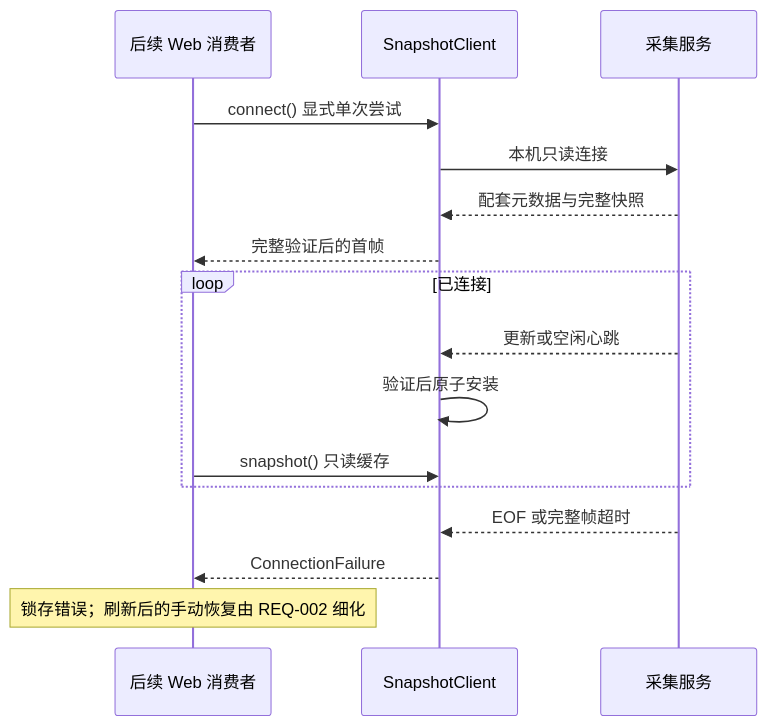
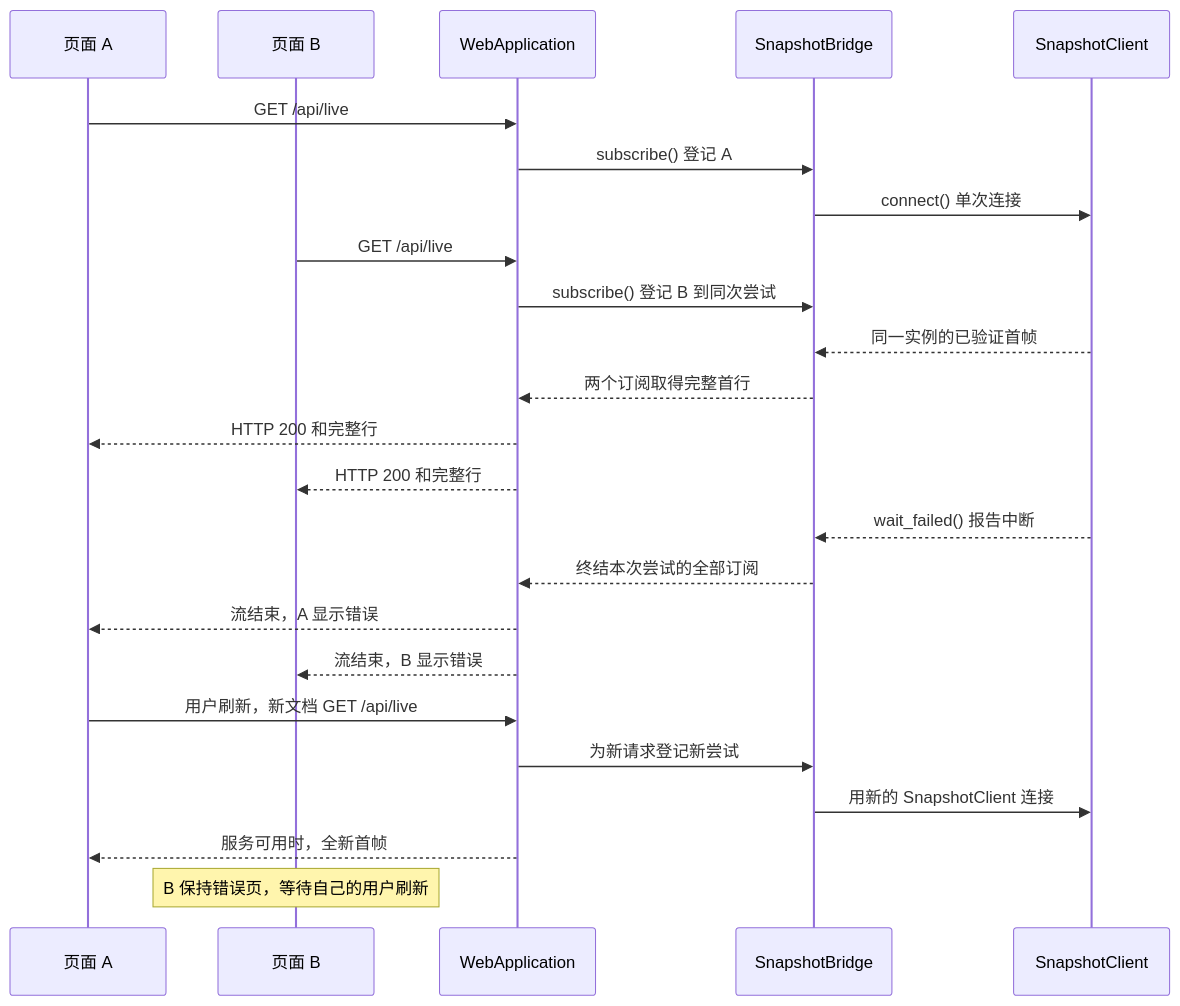
Before and after one commit to shawnluxyRE/joi-observer: the second of 2 diagrams in docs/design/web.md, drawn with Mermaid. The commit also changed other lines of this file and 43 other files, not shown here.

First line of the commit message:
<feat> Add a containerized Web monitoring dashboard (REQ-002)

````diff
--- a/docs/design/web.md
+++ b/docs/design/web.md
@@ -43,18 +48,26 @@
 ```mermaid
 sequenceDiagram
-    participant Web as 后续 Web 消费者
+    participant A as 页面 A
+    participant B as 页面 B
+    participant Web as WebApplication
+    participant Bridge as SnapshotBridge
     participant Client as SnapshotClient
-    participant Service as 采集服务
-    Web->>Client: connect() 显式单次尝试
-    Client->>Service: 本机只读连接
-    Service-->>Client: 配套元数据与完整快照
-    Client-->>Web: 完整验证后的首帧
-    loop 已连接
-        Service-->>Client: 更新或空闲心跳
-        Client->>Client: 验证后原子安装
-        Web->>Client: snapshot() 只读缓存
-    end
-    Service-->>Client: EOF 或完整帧超时
-    Client-->>Web: ConnectionFailure
-    Note over Web: 锁存错误；刷新后的手动恢复由 REQ-002 细化
+    A->>Web: GET /api/live
+    Web->>Bridge: subscribe() 登记 A
+    Bridge->>Client: connect() 单次连接
+    B->>Web: GET /api/live
+    Web->>Bridge: subscribe() 登记 B 到同次尝试
+    Client-->>Bridge: 同一实例的已验证首帧
+    Bridge-->>Web: 两个订阅取得完整首行
+    Web-->>A: HTTP 200 和完整行
+    Web-->>B: HTTP 200 和完整行
+    Client-->>Bridge: wait_failed() 报告中断
+    Bridge-->>Web: 终结本次尝试的全部订阅
+    Web-->>A: 流结束，A 显示错误
+    Web-->>B: 流结束，B 显示错误
+    A->>Web: 用户刷新，新文档 GET /api/live
+    Web->>Bridge: 为新请求登记新尝试
+    Bridge->>Client: 用新的 SnapshotClient 连接
+    Web-->>A: 服务可用时，全新首帧
+    Note over B: B 保持错误页，等待自己的用户刷新
 ```
````
